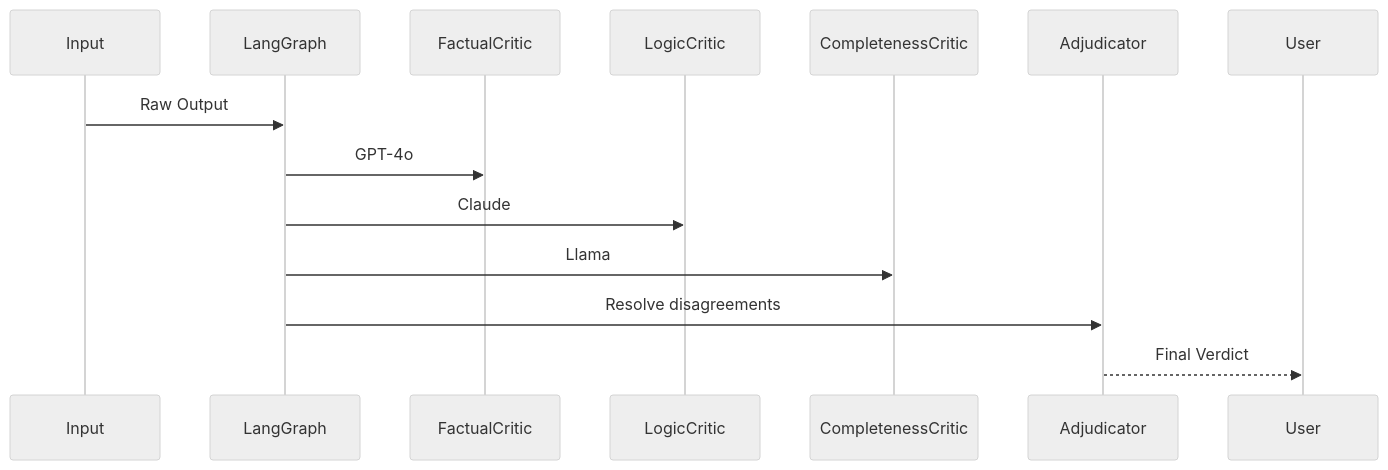
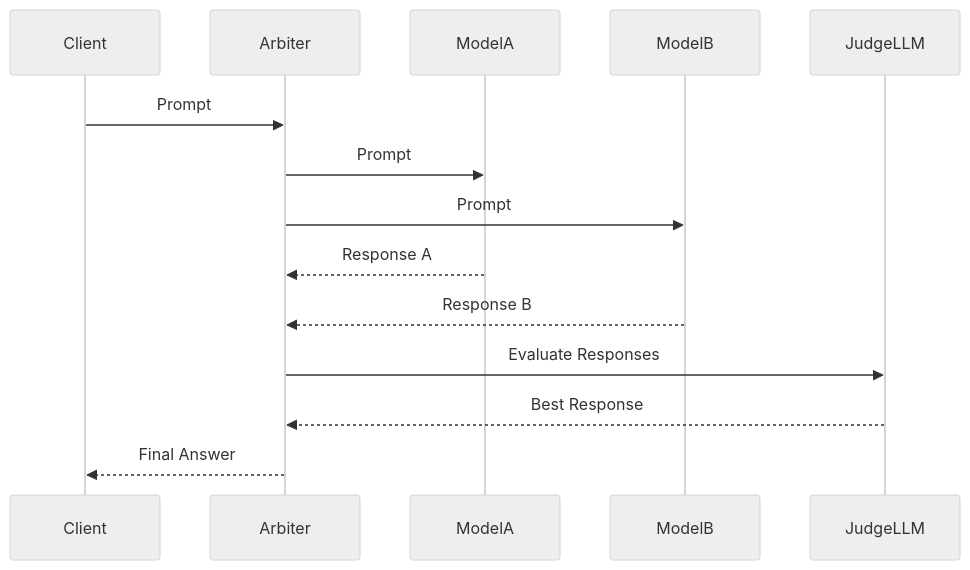
One commit to SumitDalavi/llm-output-arbitration changed the diagram in docs/architecture.md. Above: the diagram before and after it, drawn with Mermaid (neutral theme). The commit also changed other lines of this file and 1 other file, not shown here.

Commit message:
docs: implement detailed README and architecture docs

````diff
--- a/docs/architecture.md
+++ b/docs/architecture.md
@@ -6,9 +6,11 @@
 ```mermaid
 sequenceDiagram
-Input->>LangGraph: Raw Output
-LangGraph->>FactualCritic: GPT-4o
-LangGraph->>LogicCritic: Claude
-LangGraph->>CompletenessCritic: Llama
-LangGraph->>Adjudicator: Resolve disagreements
-Adjudicator-->>User: Final Verdict
+    Client->>Arbiter: Prompt
+Arbiter->>ModelA: Prompt
+Arbiter->>ModelB: Prompt
+ModelA-->>Arbiter: Response A
+ModelB-->>Arbiter: Response B
+Arbiter->>JudgeLLM: Evaluate Responses
+JudgeLLM-->>Arbiter: Best Response
+Arbiter-->>Client: Final Answer
 ```
````
